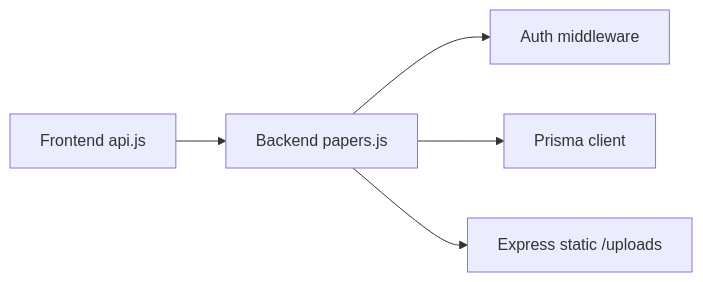
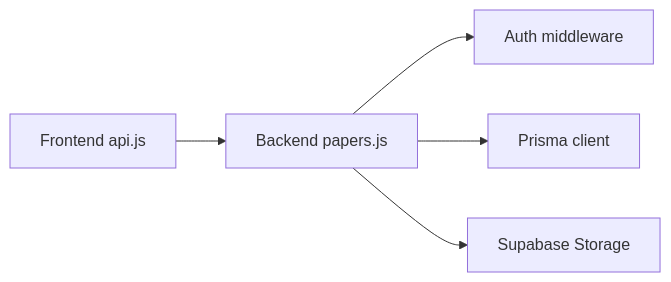
Before and after one commit to ZandileMkontwana/olympiad-portal: the eighth of 8 diagrams in .qoder/repowiki/en/content/Paper Distribution System/File Upload and Download.md, drawn with Mermaid. The commit also changed other lines of this file and 16 other files, not shown here.

Commit message:
fix: test(backend): update tests for Clerk auth and Supabase storage

````diff
--- a/.qoder/repowiki/en/content/Paper Distribution System/File Upload and Download.md
+++ b/.qoder/repowiki/en/content/Paper Distribution System/File Upload and Download.md
@@ -255,7 +266,7 @@
 ```mermaid
 graph LR
 FE_API["Frontend api.js"] --> BE_PAPERS["Backend papers.js"]
 BE_PAPERS --> AUTH["Auth middleware"]
 BE_PAPERS --> PRISMA["Prisma client"]
-BE_PAPERS --> STATIC["Express static /uploads"]
+BE_PAPERS --> SUPABASE["Supabase Storage"]
 ```
````
